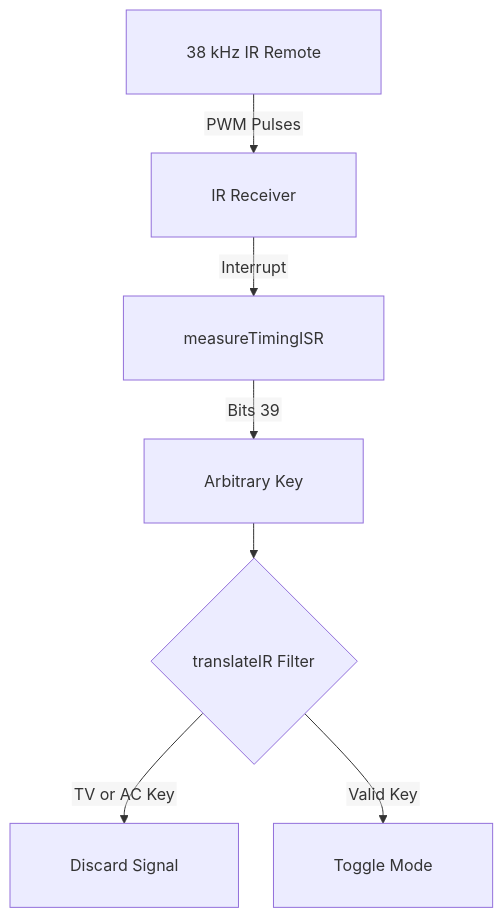
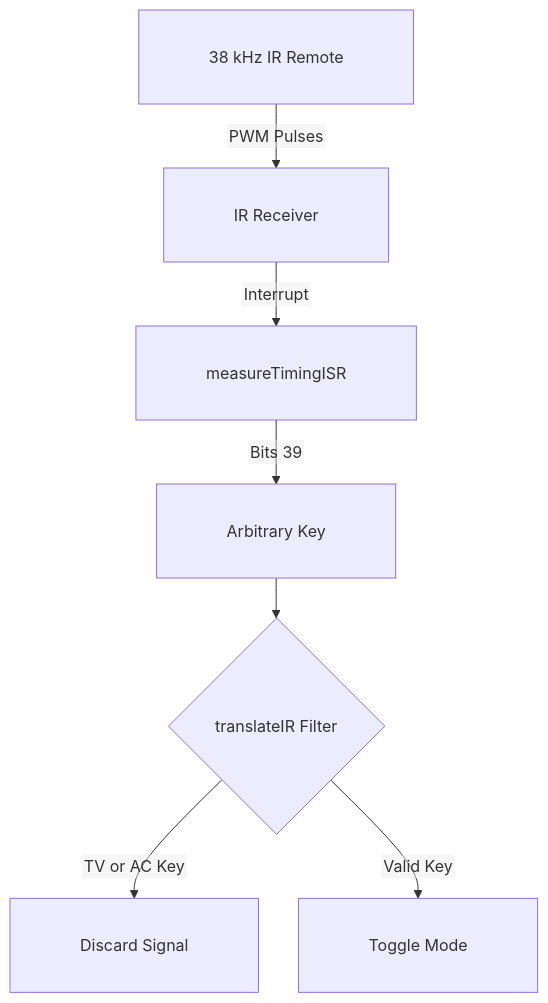
One commit to antor44/Acquisition4microcontrollers changed the first of 2 diagrams in README.md. Above: the diagram before and after it, drawn with Mermaid.

````diff
--- a/README.md
+++ b/README.md
@@ -41,10 +41,10 @@
 ```mermaid
-%%{init: {'flowchart': {'htmlLabels': false, 'padding': 30, 'nodeSpacing': 35, 'rankSpacing': 35}}}%%
+%%{init: {'flowchart': {'htmlLabels': false, 'padding': 35, 'nodeSpacing': 40, 'rankSpacing': 40}}}%%
 flowchart TD
     A["38 kHz IR Remote"] -->|PWM Pulses| B["IR Receiver"]
     B -->|Interrupt| C["measureTimingISR"]
     C -->|Bits > 39| D["Arbitrary Key"]
     D --> E{"translateIR Filter"}
     E -->|TV or AC Key| F["Discard Signal"]
     E -->|Valid Key| G["Toggle Mode"]
 ```
````
